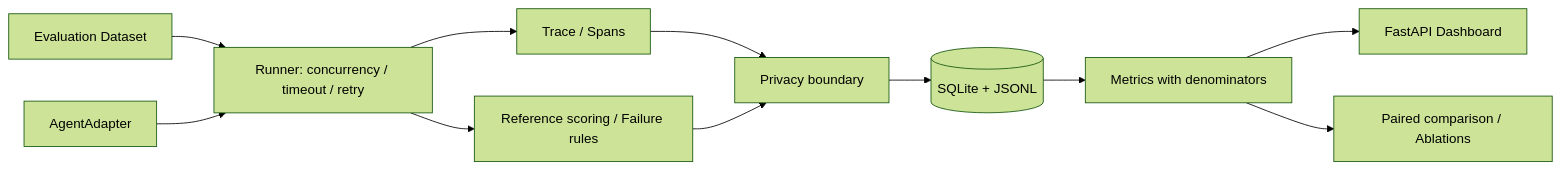
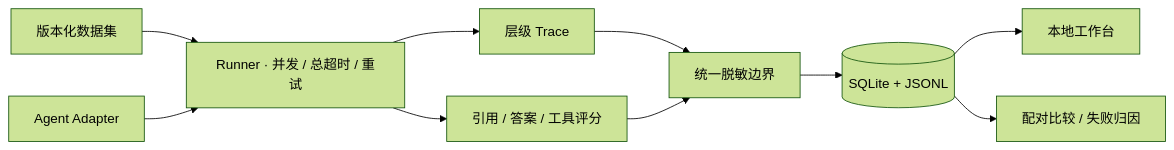
Before and after one commit to FouHe0720/agentops-eval-platform: the diagram in README.md, drawn with Mermaid (forest theme). The commit also changed other lines of this file and 40 other files, not shown here.

Commit message:
Add campus evidence regressions and refine the evaluation dashboard

````diff
--- a/README.md
+++ b/README.md
@@ -23,13 +54,12 @@
 ```mermaid
 flowchart LR
-  D[Evaluation Dataset] --> R[Runner: concurrency / timeout / retry]
-  A[AgentAdapter] --> R
-  R --> T[Trace / Spans]
-  R --> S[Reference scoring / Failure rules]
-  T --> P[Privacy boundary]
+  D[版本化数据集] --> R[Runner · 并发 / 总超时 / 重试]
+  A[Agent Adapter] --> R
+  R --> T[层级 Trace]
+  R --> S[引用 / 答案 / 工具评分]
+  T --> P[统一脱敏边界]
   S --> P
   P --> DB[(SQLite + JSONL)]
-  DB --> M[Metrics with denominators]
-  M --> UI[FastAPI Dashboard]
-  M --> AB[Paired comparison / Ablations]
+  DB --> UI[本地工作台]
+  DB --> C[配对比较 / 失败归因]
 ```
````
